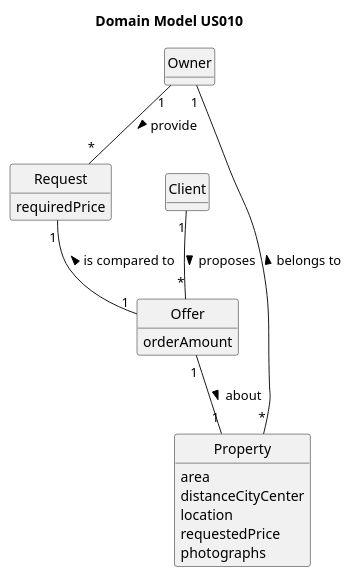
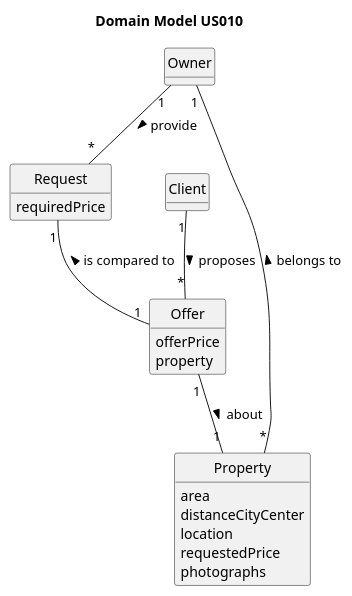
Before and after one commit to 1220812/LAPR2: the diagram in docs/sprintC/us010/02.analysis/puml/us010-domain-model.puml, drawn with PlantUML. The commit also changed 7 other files, not shown here.

```diff
--- a/docs/sprintC/us010/02.analysis/puml/us010-domain-model.puml
+++ b/docs/sprintC/us010/02.analysis/puml/us010-domain-model.puml
@@ -1,39 +1,40 @@
 @startuml
 skinparam monochrome true
 skinparam packageStyle rectangle
 skinparam shadowing false
 
 'left to right direction
 
 skinparam classAttributeIconSize 0
 
 hide circle
 hide methods
 
 title Domain Model US010
 
 class Property {
     area
     distanceCityCenter
     location
     requestedPrice
     photographs
 }
 
 class Request {
     requiredPrice
 }
 
 class Offer {
-    orderAmount
+    offerPrice
+    property
 }
 
 
 Owner "1" -- "*" Property : belongs to <
 Owner "1" -- "*" Request : provide >
 
 Offer "1" -- "1" Property : about >
 Client "1" -- "*" Offer : proposes >
 
 Offer "1" -up- "1" Request : is compared to >
 @enduml
```
